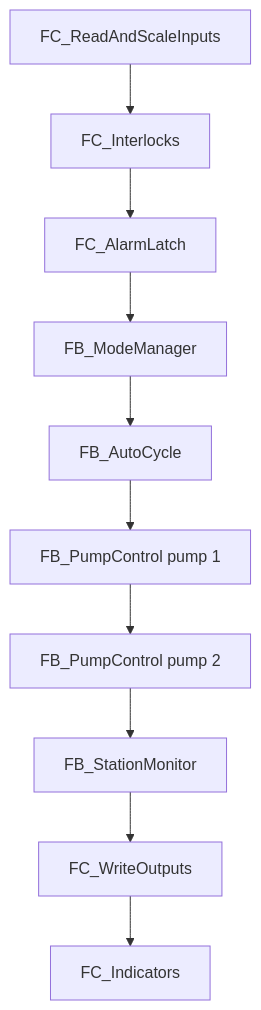
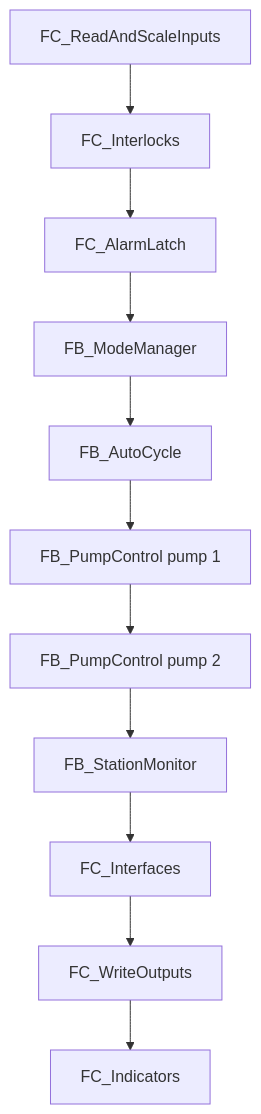
One commit to HoraEmbedded/smart-pumping-station changed the diagram in 03_plc/notes_tia_portal.md. Above: the diagram before and after it, drawn with Mermaid. The commit also changed other lines of this file and 8 other files, not shown here.

````diff
--- a/03_plc/notes_tia_portal.md
+++ b/03_plc/notes_tia_portal.md
@@ -42,12 +43,13 @@
 ```mermaid
 flowchart TD
     A[FC_ReadAndScaleInputs] --> B[FC_Interlocks]
     B --> C[FC_AlarmLatch]
     C --> D[FB_ModeManager]
     D --> E[FB_AutoCycle]
     E --> F1[FB_PumpControl pump 1]
     F1 --> F2[FB_PumpControl pump 2]
     F2 --> M[FB_StationMonitor]
-    M --> G[FC_WriteOutputs]
+    M --> I[FC_Interfaces]
+    I --> G[FC_WriteOutputs]
     G --> H[FC_Indicators]
 ```
````
